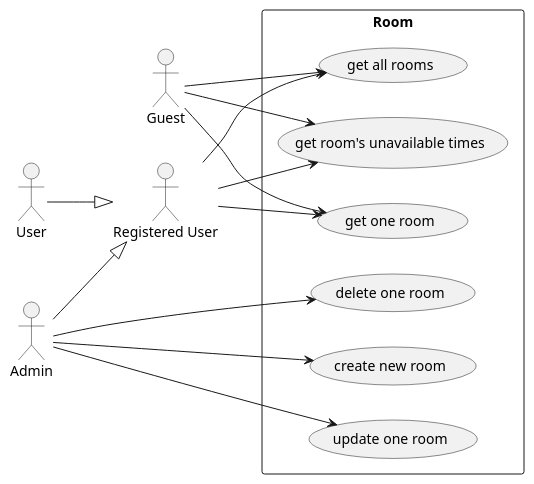
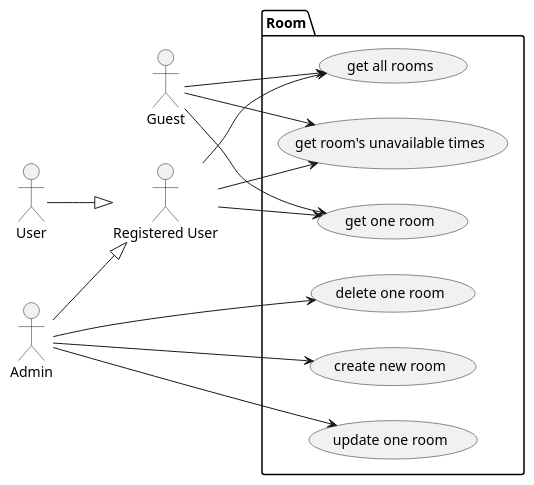
One commit to TeaChanathip/SwDev-Project changed the diagram in diagrams/usecase/room/room.puml. Above: the diagram before and after it, drawn with PlantUML. The commit also changed 11 other files, not shown here.

```diff
--- a/diagrams/usecase/room/room.puml
+++ b/diagrams/usecase/room/room.puml
@@ -1,33 +1,33 @@
 @startuml room
 left to right direction
 
 actor Guest
 actor "Registered User"
 actor User
 actor Admin
 
 User --|> "Registered User"
 Admin --|> "Registered User"
 
-rectangle "Room" {
+package "Room" {
     usecase "create new room" as RoomUC1
     usecase "get one room" as RoomUC2
     usecase "get all rooms" as RoomUC3
     usecase "update one room" as RoomUC4
     usecase "delete one room" as RoomUC5
     usecase "get room's unavailable times" as RoomUC6
 }
 
 Guest --> RoomUC2
 Guest --> RoomUC3
 Guest --> RoomUC6
 
 "Registered User" --> RoomUC2
 "Registered User" --> RoomUC3
 "Registered User" --> RoomUC6
 
 Admin --> RoomUC1
 Admin --> RoomUC4
 Admin --> RoomUC5
 
 @enduml
```
